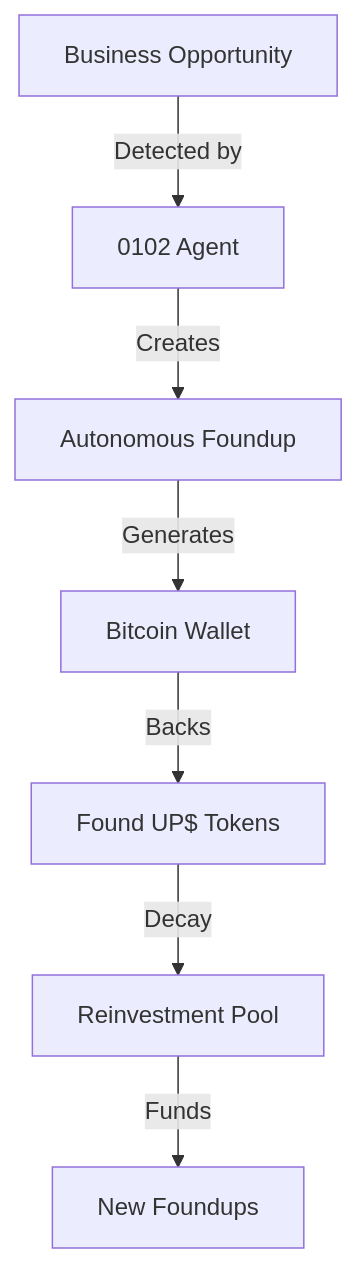
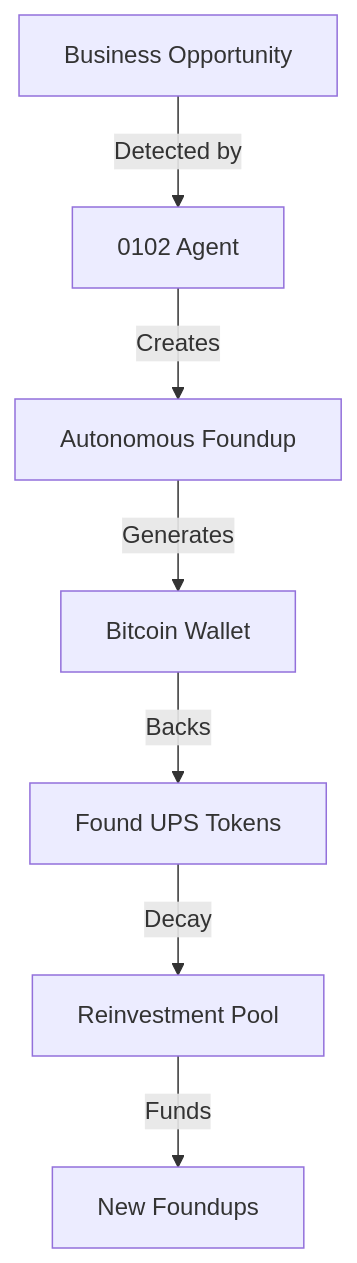
One commit to Foundup/Foundups-Agent changed the third of 10 diagrams in WSP_knowledge/docs/Papers/Patent_Series/Patent_Portfolio_Presentation_Deck.md. Above: the diagram before and after it, drawn with Mermaid. The commit also changed 306 other files, not shown here.

````diff
--- a/WSP_knowledge/docs/Papers/Patent_Series/Patent_Portfolio_Presentation_Deck.md
+++ b/WSP_knowledge/docs/Papers/Patent_Series/Patent_Portfolio_Presentation_Deck.md
@@ -112,9 +112,9 @@
 ```mermaid
 graph TD
     Opportunity[Business Opportunity] -->|Detected by| AI[0102 Agent]
     AI -->|Creates| Foundup[Autonomous Foundup]
     Foundup -->|Generates| Wallet[Bitcoin Wallet]
-    Wallet -->|Backs| Tokens[Found UP$ Tokens]
+    Wallet -->|Backs| Tokens[Found UPS Tokens]
     Tokens -->|Decay| Pool[Reinvestment Pool]
     Pool -->|Funds| NewFoundups[New Foundups]
 ```
````
